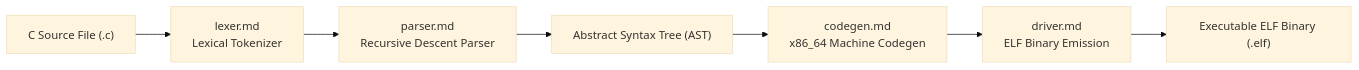
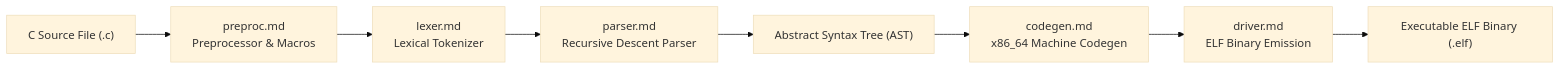
Before and after one commit to mrvlous/keira: the diagram in docs/userland/compiler/README.md, drawn with Mermaid (base theme). The commit also changed other lines of this file and 9 other files, not shown here.

Commit message:
feat(kcc): implement native preprocessor, macros and function prototypes

````diff
--- a/docs/userland/compiler/README.md
+++ b/docs/userland/compiler/README.md
@@ -11,9 +11,10 @@
 ```mermaid
 graph LR
-    Source["C Source File (.c)"] --> Lexer["lexer.md<br/>Lexical Tokenizer"]
+    Source["C Source File (.c)"] --> Preproc["preproc.md<br/>Preprocessor & Macros"]
+    Preproc --> Lexer["lexer.md<br/>Lexical Tokenizer"]
     Lexer --> Parser["parser.md<br/>Recursive Descent Parser"]
     Parser --> AST["Abstract Syntax Tree (AST)"]
     AST --> Codegen["codegen.md<br/>x86_64 Machine Codegen"]
     Codegen --> Driver["driver.md<br/>ELF Binary Emission"]
     Driver --> Output["Executable ELF Binary (.elf)"]
 ```
````
